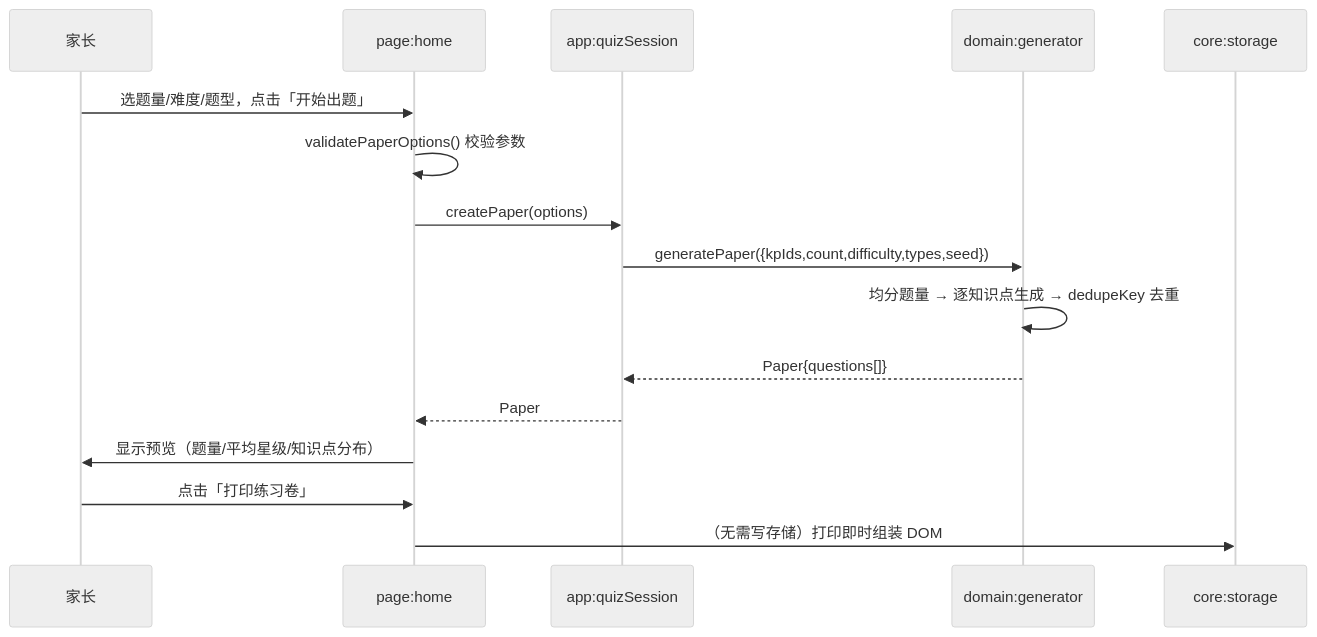
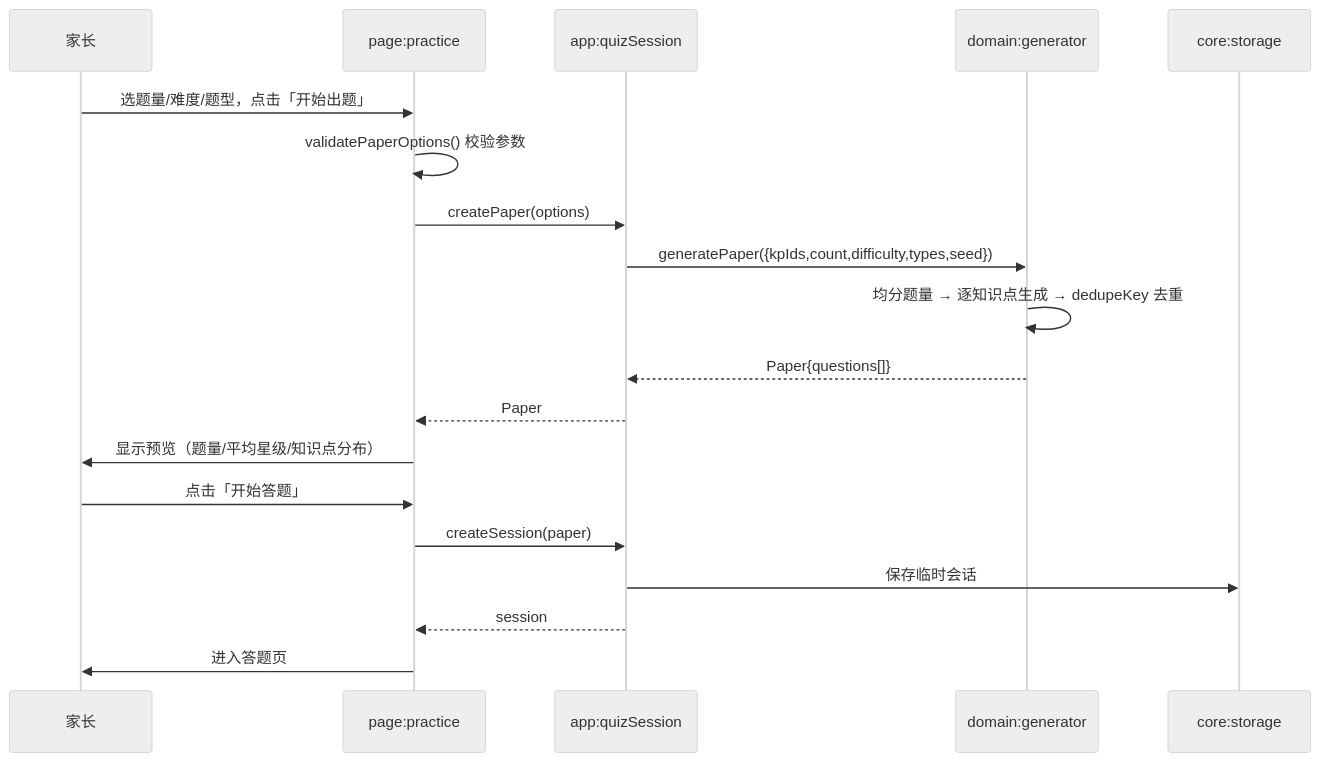
The first of 4 diagrams in docs/03-设计/05-软件设计说明书.md (Holer0917/child-learning), drawn with Mermaid (neutral theme) before and after one commit. The commit also changed other lines of this file and 28 other files, not shown here.

````diff
--- a/docs/03-设计/05-软件设计说明书.md
+++ b/docs/03-设计/05-软件设计说明书.md
@@ -325,18 +346,21 @@
 ```mermaid
 sequenceDiagram
     participant U as 家长
-    participant H as page:home
+    participant H as page:practice
     participant Q as app:quizSession
     participant G as domain:generator
     participant S as core:storage
     U->>H: 选题量/难度/题型，点击「开始出题」
     H->>H: validatePaperOptions() 校验参数
     H->>Q: createPaper(options)
     Q->>G: generatePaper({kpIds,count,difficulty,types,seed})
     G->>G: 均分题量 → 逐知识点生成 → dedupeKey 去重
     G-->>Q: Paper{questions[]}
     Q-->>H: Paper
     H->>U: 显示预览（题量/平均星级/知识点分布）
-    U->>H: 点击「打印练习卷」
-    H->>S: （无需写存储）打印即时组装 DOM
+    U->>H: 点击「开始答题」
+    H->>Q: createSession(paper)
+    Q->>S: 保存临时会话
+    Q-->>H: session
+    H->>U: 进入答题页
 ```
````
